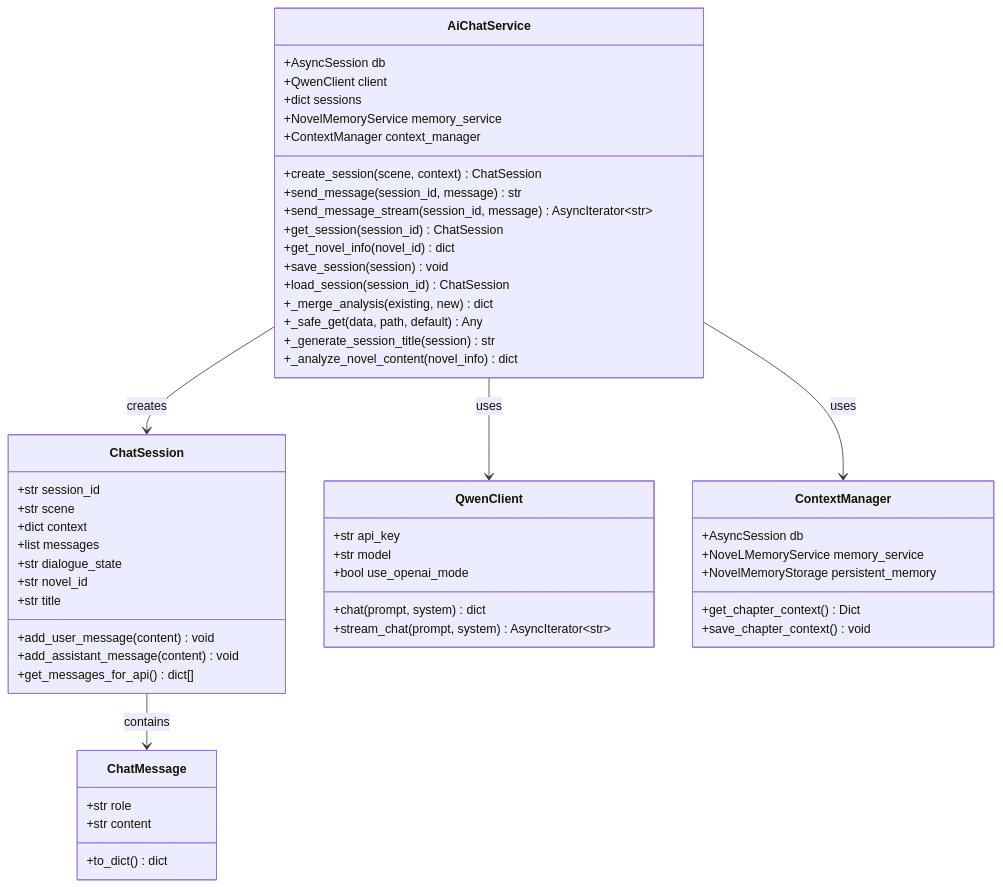
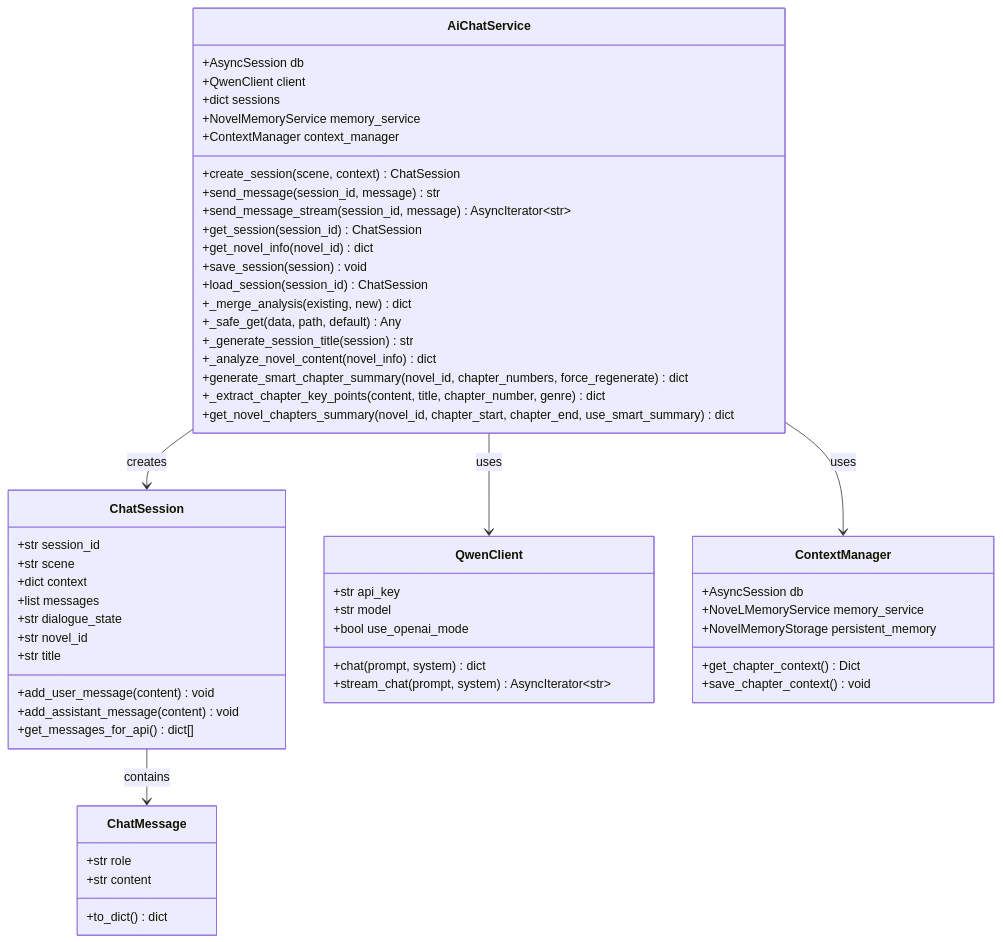
One commit to xfbyxq/ai-novel-system changed the second of 25 diagrams in .qoder/repowiki/zh/content/Ai Chat Service.md. Above: the diagram before and after it, drawn with Mermaid. The commit also changed 12 other files, not shown here.

````diff
--- a/.qoder/repowiki/zh/content/Ai Chat Service.md
+++ b/.qoder/repowiki/zh/content/Ai Chat Service.md
@@ -117,56 +117,59 @@
 ```mermaid
 classDiagram
 class AiChatService {
 +AsyncSession db
 +QwenClient client
 +dict sessions
 +NovelMemoryService memory_service
 +ContextManager context_manager
 +create_session(scene, context) ChatSession
 +send_message(session_id, message) str
 +send_message_stream(session_id, message) AsyncIterator~str~
 +get_session(session_id) ChatSession
 +get_novel_info(novel_id) dict
 +save_session(session) void
 +load_session(session_id) ChatSession
 +_merge_analysis(existing, new) dict
 +_safe_get(data, path, default) Any
 +_generate_session_title(session) str
 +_analyze_novel_content(novel_info) dict
++generate_smart_chapter_summary(novel_id, chapter_numbers, force_regenerate) dict
++_extract_chapter_key_points(content, title, chapter_number, genre) dict
++get_novel_chapters_summary(novel_id, chapter_start, chapter_end, use_smart_summary) dict
 }
 class ChatSession {
 +str session_id
 +str scene
 +dict context
 +list messages
 +str dialogue_state
 +str novel_id
 +str title
 +add_user_message(content) void
 +add_assistant_message(content) void
 +get_messages_for_api() dict[]
 }
 class ChatMessage {
 +str role
 +str content
 +to_dict() dict
 }
 class QwenClient {
 +str api_key
 +str model
 +bool use_openai_mode
 +chat(prompt, system) dict
 +stream_chat(prompt, system) AsyncIterator~str~
 }
 class ContextManager {
 +AsyncSession db
 +NoveLMemoryService memory_service
 +NovelMemoryStorage persistent_memory
 +get_chapter_context() Dict
 +save_chapter_context() void
 }
 AiChatService --> ChatSession : creates
 AiChatService --> QwenClient : uses
 AiChatService --> ContextManager : uses
 ChatSession --> ChatMessage : contains
 ```
````
